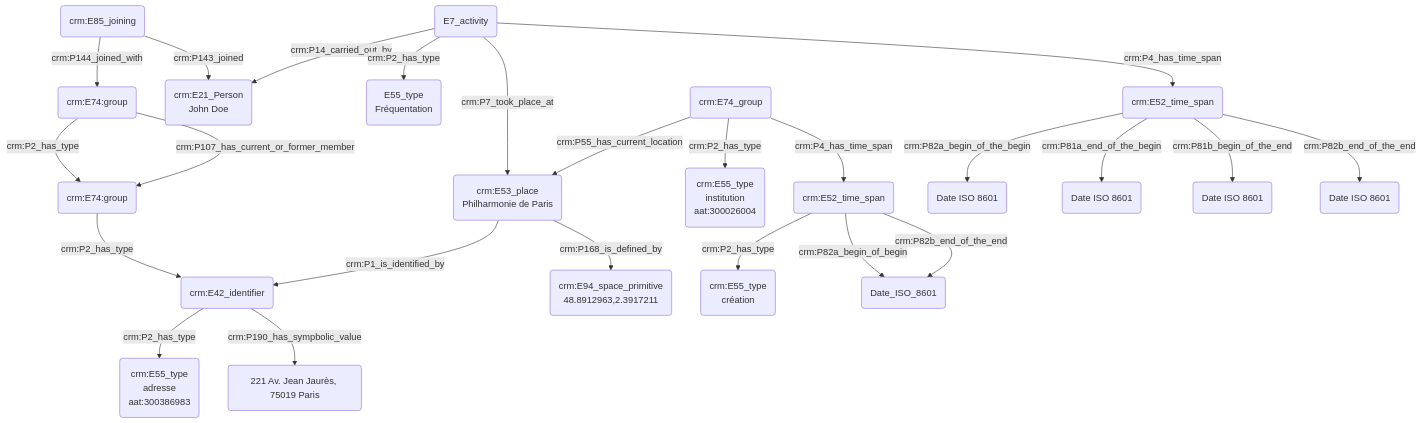
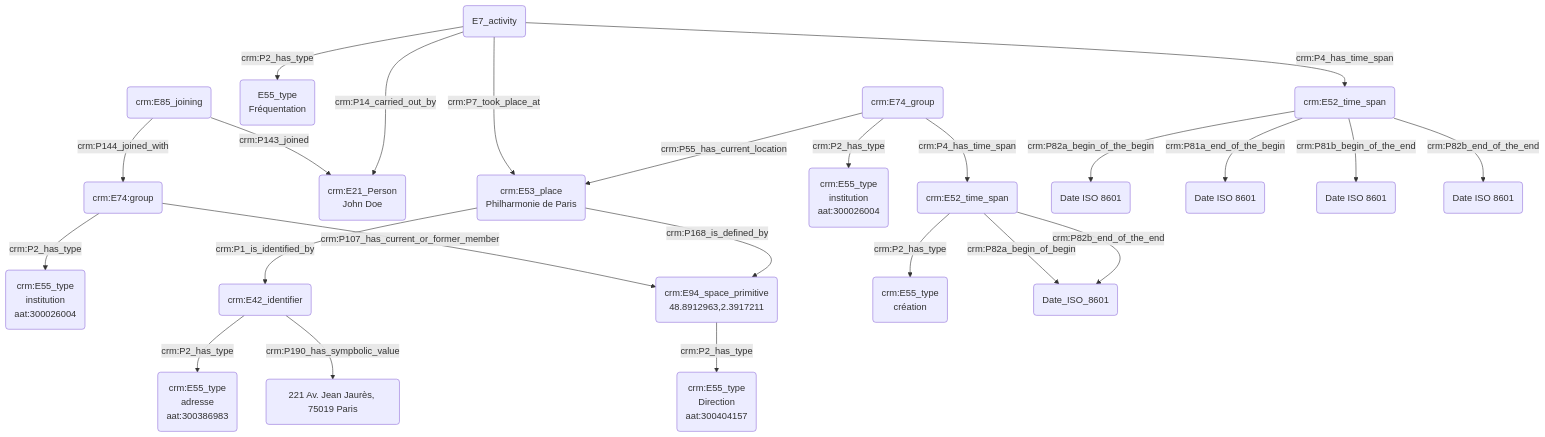
The diagram in modules/livrables/Dossier 2/Prosopographie/fréquentation d'une institution.md (Amleth/consortium-musica2-gt2-ontologies), drawn with Mermaid before and after one commit.

Commit message:
Update fréquentation d'une institution.md

````diff
--- a/modules/livrables/Dossier 2/Prosopographie/fréquentation d'une institution.md
+++ b/modules/livrables/Dossier 2/Prosopographie/fréquentation d'une institution.md
@@ -11,31 +11,31 @@
 ```mermaid
 graph TD;
 
 P(crm:E85_joining) --> |crm:P144_joined_with| Q(crm:E74:group)
 Q(crm:E74:group) -->|crm:P2_has_type| R(crm:E55_type<br>institution<br>aat:300026004)
 P(crm:E85_joining) --> |crm:P143_joined| A("crm:E21_Person<br>John Doe")
-Q(crm:E74:group) --> |crm:P107_has_current_or_former_member| R(crm:E74:group)
-R(crm:E74:group) --> |crm:P2_has_type| S(crm:E55_type<br>Direction<br>aat:300404157)
+Q(crm:E74:group) --> |crm:P107_has_current_or_former_member| X(crm:E74:group)
+X(crm:E74:group) --> |crm:P2_has_type| Y(crm:E55_type<br>Direction<br>aat:300404157)
 
 B(E7_activity) -->|crm:P14_carried_out_by| A("crm:E21_Person<br>John Doe")
 B(E7_activity) -->|crm:P2_has_type| C(E55_type<br>Fréquentation)
 
 B(E7_activity) --->|crm:P7_took_place_at| K(E53_place<br>Philharmonie de Paris)
 I(crm:E74_group) -->|crm:P2_has_type| J(crm:E55_type<br>institution<br>aat:300026004)
 I(crm:E74_group) -->|crm:P55_has_current_location| K(crm:E53_place)
 K(crm:E53_place<br>Philharmonie de Paris) --> |crm:P1_is_identified_by| S(crm:E42_identifier)
 K(crm:E53_place<br>Philharmonie de Paris) --> |crm:P168_is_defined_by| X(crm:E94_space_primitive<br>48.8912963,2.3917211)
 S(crm:E42_identifier) --> |crm:P2_has_type| T(crm:E55_type<br>adresse<br>aat:300386983)
 S(crm:E42_identifier) --> |crm:P190_has_sympbolic_value| U(221 Av. Jean Jaurès, 75019 Paris)
 I(crm:E74_group) -->|crm:P4_has_time_span| M(crm:E52_time_span)
 M(crm:E52_time_span) -->|crm:P2_has_type| N(crm:E55_type<br>création)
 M(crm:E52_time_span) -->|crm:P82a_begin_of_begin| O(Date_ISO_8601)
 M(crm:E52_time_span) -->|crm:P82b_end_of_the_end| O(Date_ISO_8601)
 
 B(E7_activity) --> |crm:P4_has_time_span| D(crm:E52_time_span)
 D(crm:E52_time_span) --> |crm:P82a_begin_of_the_begin| E("Date ISO 8601")
 D(crm:E52_time_span) --> |crm:P81a_end_of_the_begin| F("Date ISO 8601")
 D(crm:E52_time_span) --> |crm:P81b_begin_of_the_end|G("Date ISO 8601")
 D(crm:E52_time_span) --> |crm:P82b_end_of_the_end| H("Date ISO 8601")
 
 ```
````
